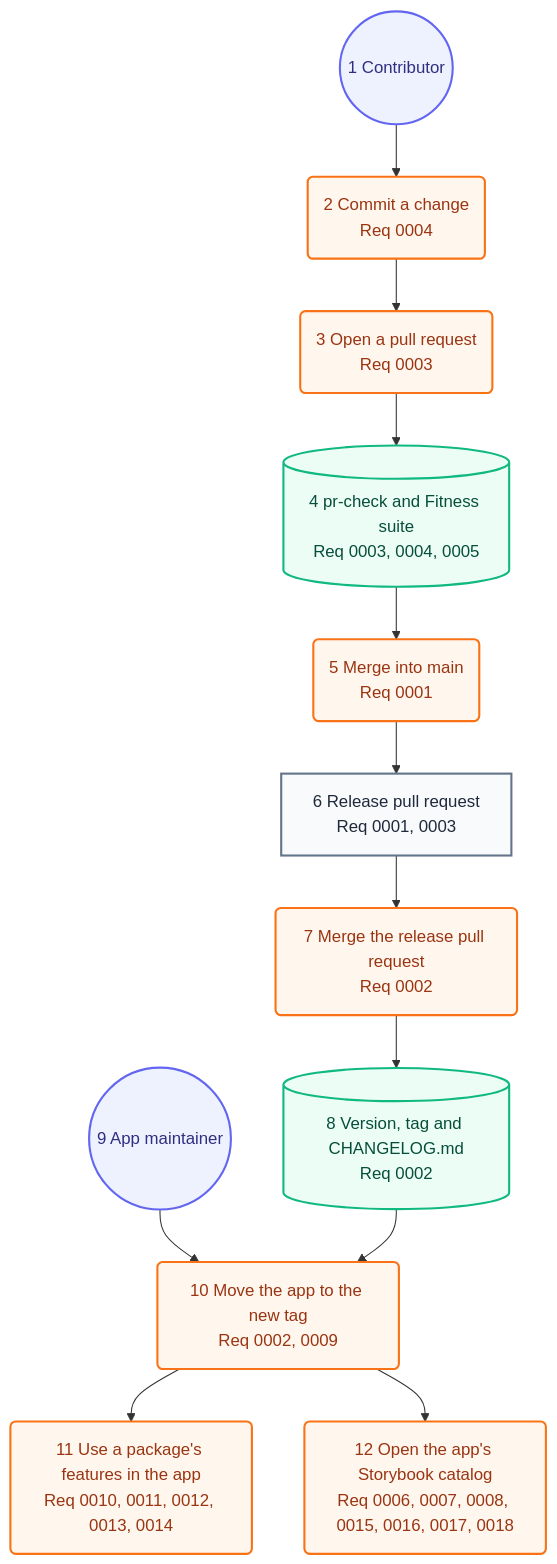
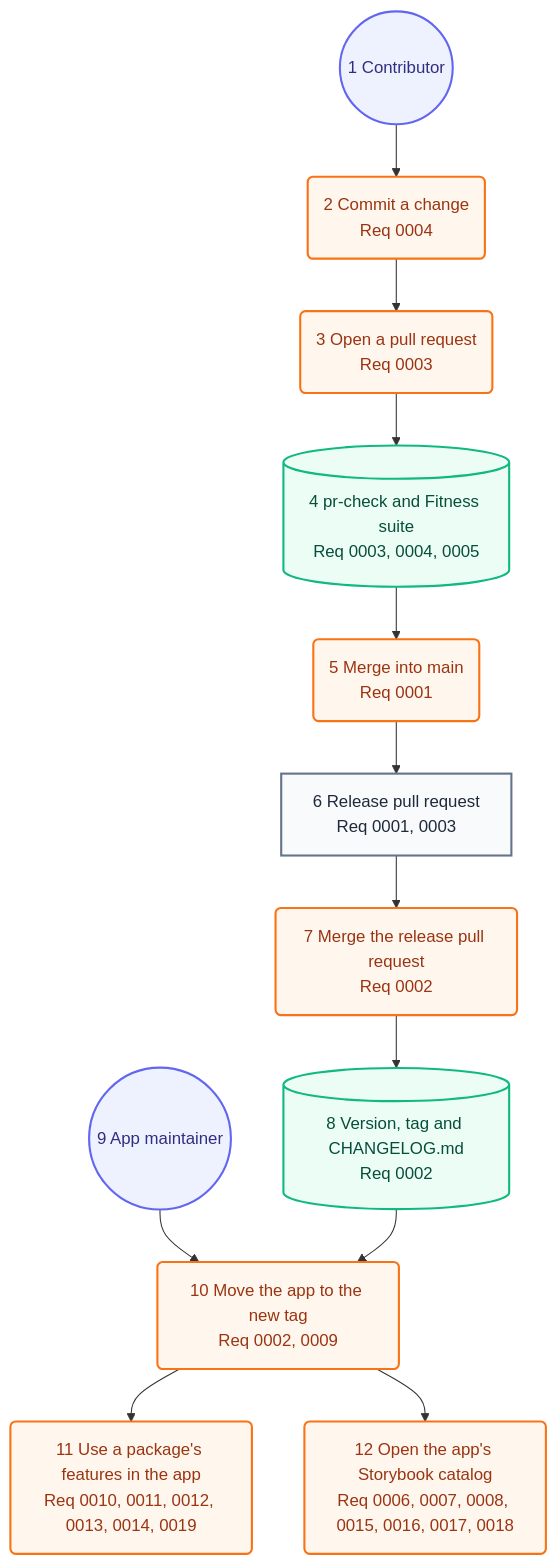
The second of 2 diagrams in docs/architecture/05-user-journey.md (may-journal/common-swift), drawn with Mermaid before and after one commit. The commit also changed 26 other files, not shown here.

````diff
--- a/docs/architecture/05-user-journey.md
+++ b/docs/architecture/05-user-journey.md
@@ -33,32 +33,32 @@
 ```mermaid
 flowchart TB
     contributor((1 Contributor)):::persona
     commit(2 Commit a change<br/>Req 0004):::action
     open(3 Open a pull request<br/>Req 0003):::action
     checks[(4 pr-check and Fitness suite<br/>Req 0003, 0004, 0005)]:::system
     merge(5 Merge into main<br/>Req 0001):::action
     releasePR[6 Release pull request<br/>Req 0001, 0003]:::screen
     release(7 Merge the release pull request<br/>Req 0002):::action
     tag[(8 Version, tag and CHANGELOG.md<br/>Req 0002)]:::system
     maintainer((9 App maintainer)):::persona
     update(10 Move the app to the new tag<br/>Req 0002, 0009):::action
-    adopt(11 Use a package's features in the app<br/>Req 0010, 0011, 0012, 0013, 0014):::action
+    adopt(11 Use a package's features in the app<br/>Req 0010, 0011, 0012, 0013, 0014, 0019):::action
     storybook(12 Open the app's Storybook catalog<br/>Req 0006, 0007, 0008, 0015, 0016, 0017, 0018):::action
 
     contributor --> commit
     commit --> open
     open --> checks
     checks --> merge
     merge --> releasePR
     releasePR --> release
     release --> tag
     maintainer --> update
     tag --> update
     update --> adopt
     update --> storybook
 
     classDef persona fill:#eef2ff,stroke:#6366f1,color:#312e81,stroke-width:2px
     classDef screen fill:#f8fafc,stroke:#64748b,color:#1e293b,stroke-width:2px
     classDef action fill:#fff7ed,stroke:#f97316,color:#9a3412,stroke-width:2px
     classDef system fill:#ecfdf5,stroke:#10b981,color:#064e3b,stroke-width:2px
 ```
````
